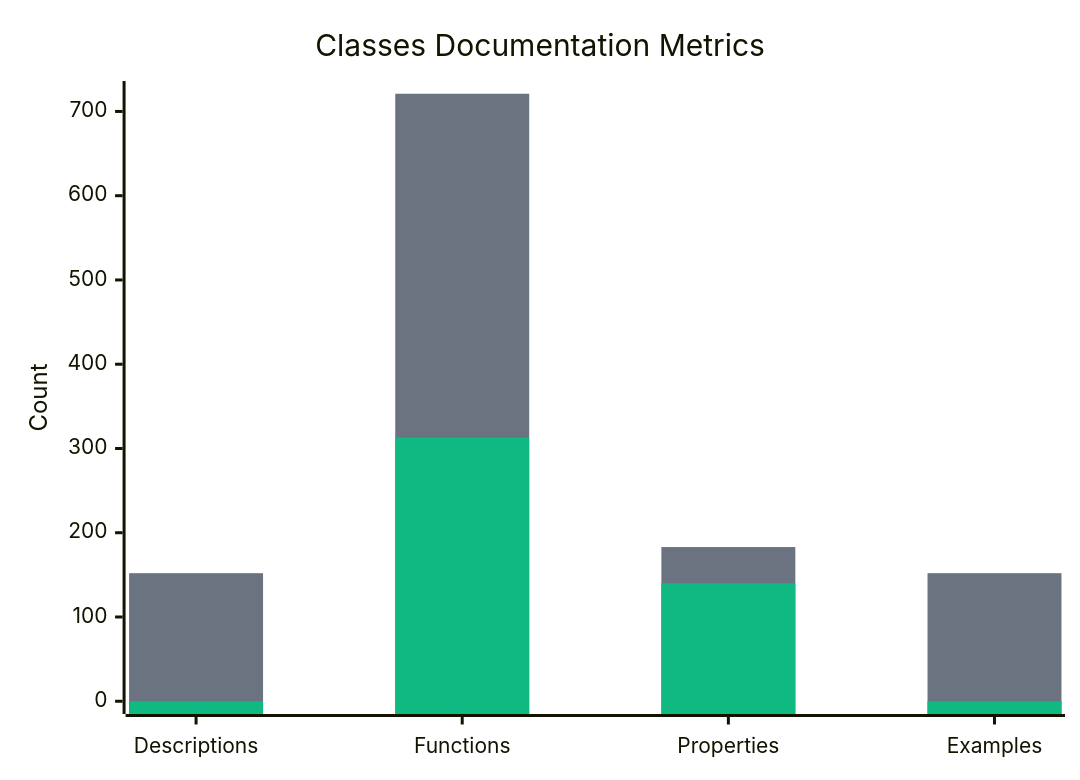
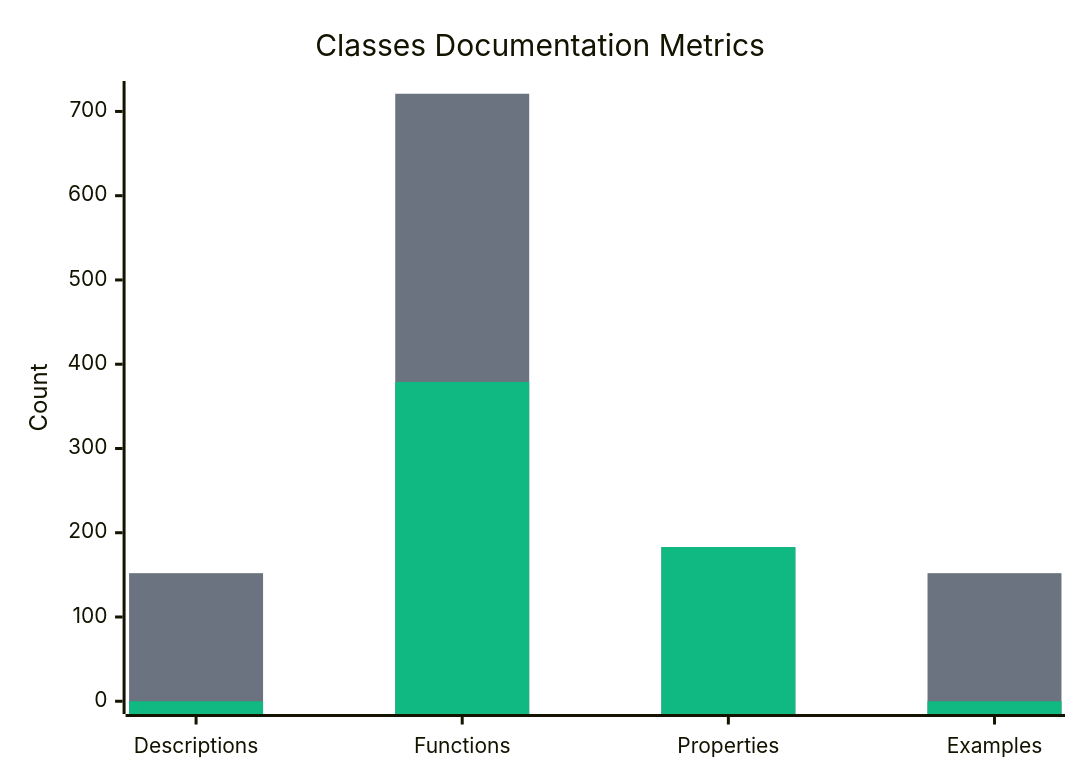
One commit to synthotec/synthotec.github.io changed the second of 4 diagrams in Documentation/SynthoTec-4D/Overview.md. Above: the diagram before and after it, drawn with Mermaid. The commit also changed other lines of this file, not shown here.

````diff
--- a/Documentation/SynthoTec-4D/Overview.md
+++ b/Documentation/SynthoTec-4D/Overview.md
@@ -30,9 +30,9 @@
 ```mermaid
 %%{init: {'theme':'base', 'themeVariables': {'xyChart': {'backgroundColor': 'transparent', 'plotColorPalette': '#6b7280, #10b981'}}}}%%
 xychart-beta
     title "Classes Documentation Metrics"
     x-axis ["Descriptions", "Functions", "Properties", "Examples"]
     y-axis "Count" 0 --> 721
     bar [152, 721, 183, 152]
-    bar [0, 313, 140, 0]
+    bar [0, 379, 183, 0]
 ```
````
